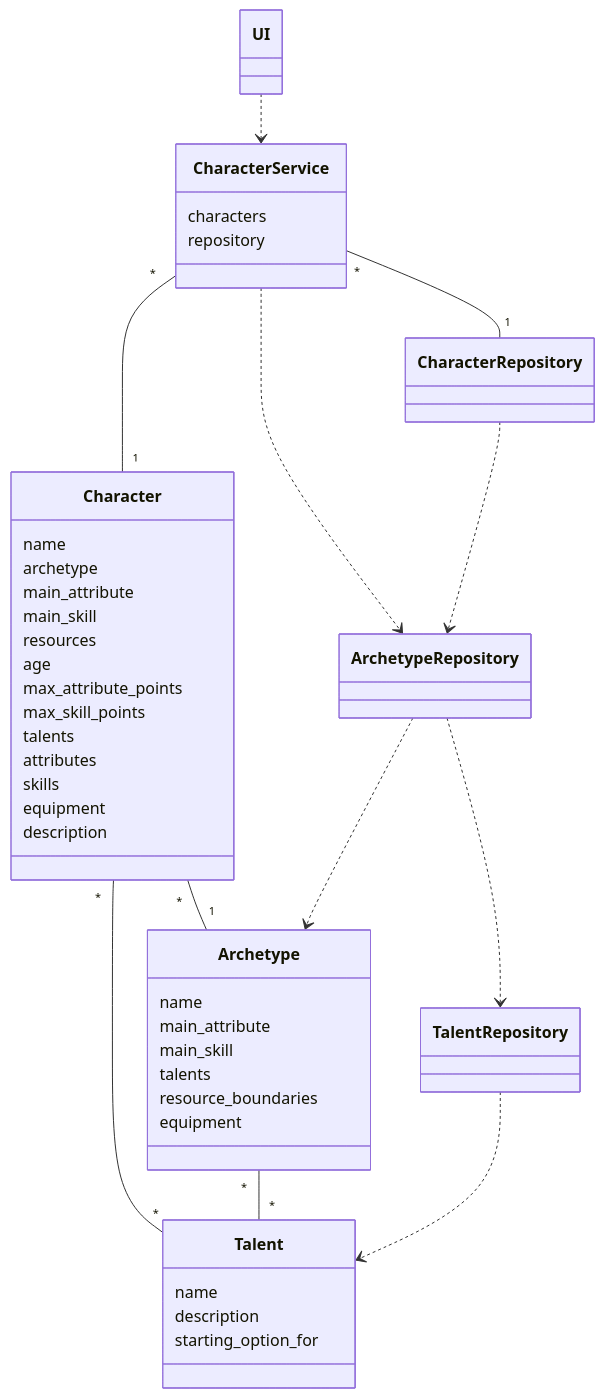
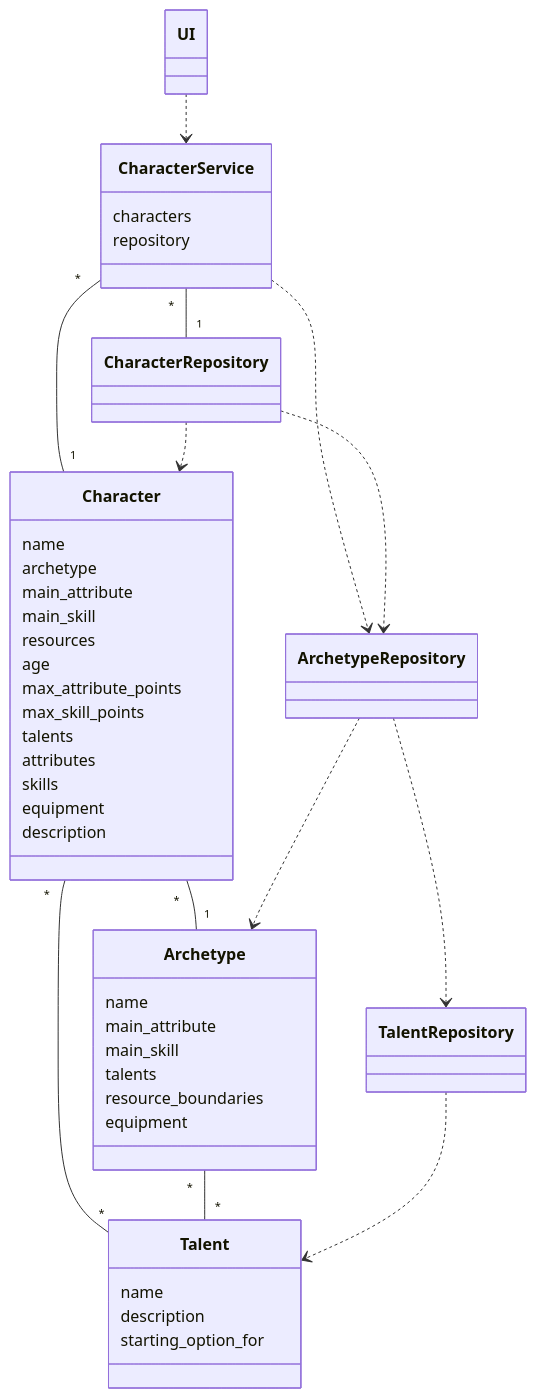
The first of 3 diagrams in dokumentaatio/arkkitehtuuri.md (kivistoilkka/ot-harjoitustyo), drawn with Mermaid before and after one commit. The commit also changed other lines of this file and 1 other file, not shown here.

````diff
--- a/dokumentaatio/arkkitehtuuri.md
+++ b/dokumentaatio/arkkitehtuuri.md
@@ -6,51 +25,52 @@
 ```mermaid
 classDiagram
     class UI
     class Character {
         name
         archetype
         main_attribute
         main_skill
         resources
         age
         max_attribute_points
         max_skill_points
         talents
         attributes
         skills
         equipment
         description
     }
     class CharacterService {
         characters
         repository
     }
     class CharacterRepository
     class Archetype {
         name
         main_attribute
         main_skill
         talents
         resource_boundaries
         equipment
     }
     class ArchetypeRepository
     class Talent {
         name
         description
         starting_option_for
     }
     class TalentRepository
 
     UI ..> CharacterService
     CharacterService "*" -- "1" Character
     Character "*" -- "1" Archetype
     Character "*" -- "*" Talent
     Archetype "*" -- "*" Talent
     CharacterService ..> ArchetypeRepository
     CharacterService "*" -- "1" CharacterRepository
+    CharacterRepository ..> Character
     CharacterRepository ..> ArchetypeRepository
     ArchetypeRepository ..> Archetype
     ArchetypeRepository ..> TalentRepository
     TalentRepository ..> Talent
 ```
````
